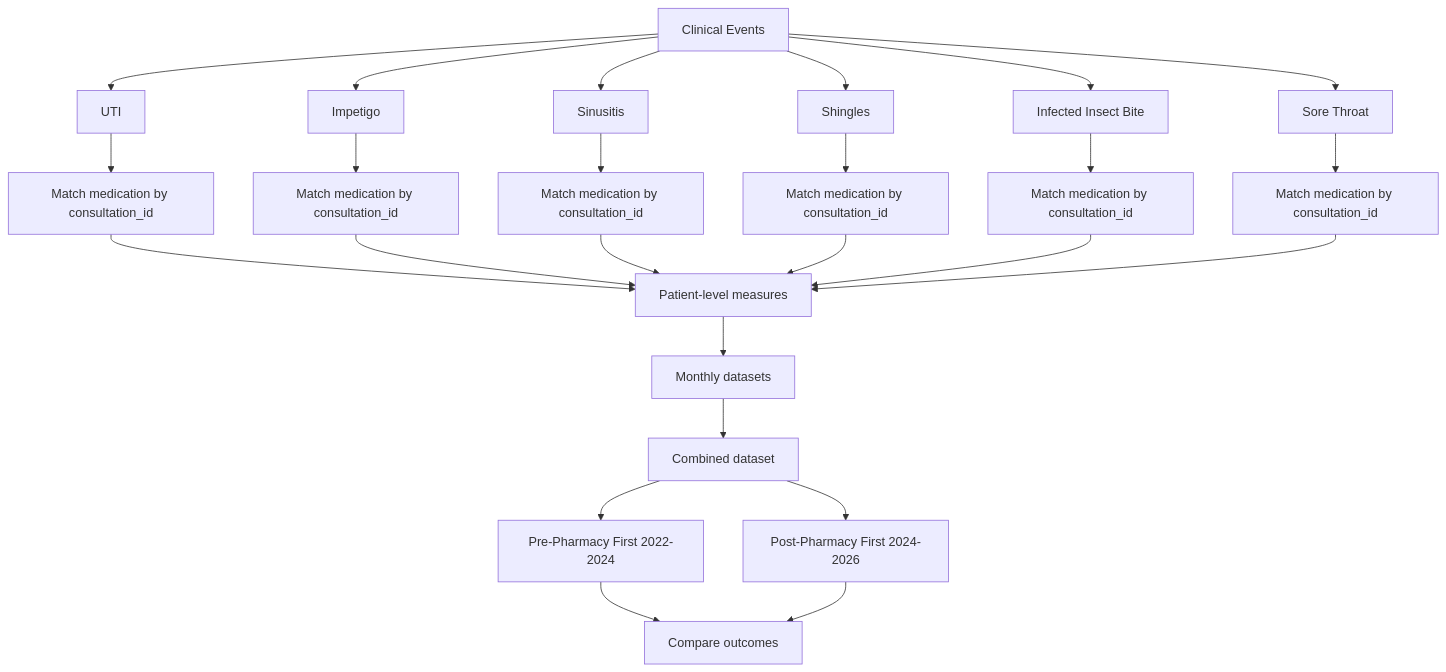
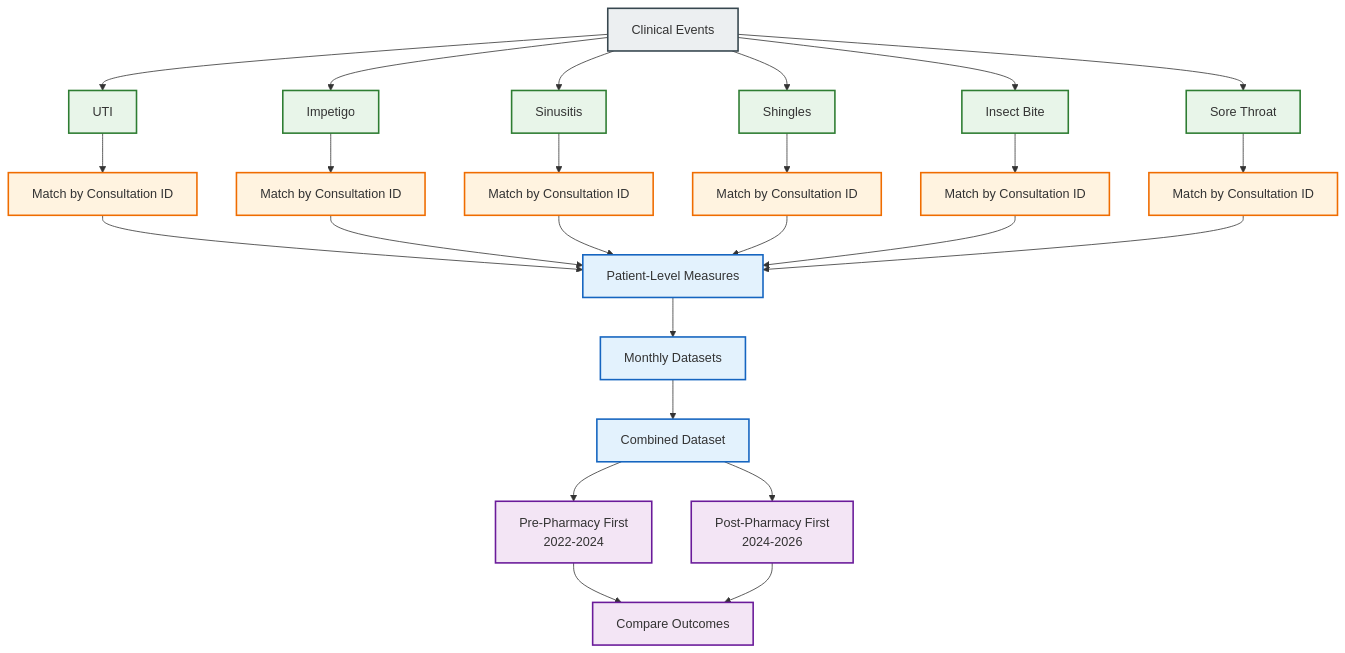
Before and after one commit to airadukunda/PF-WP2-P4-antimicrobial-prescribing: the second of 2 diagrams in README.md, drawn with Mermaid.

````diff
--- a/README.md
+++ b/README.md
@@ -93,32 +93,48 @@
 ```mermaid
 graph TD
-A[Clinical Events] --> B1[UTI]
+
+A[Clinical Events]
+
+A --> B1[UTI]
 A --> B2[Impetigo]
 A --> B3[Sinusitis]
 A --> B4[Shingles]
-A --> B5[Infected Insect Bite]
+A --> B5[Insect Bite]
 A --> B6[Sore Throat]
 
-B1 --> C1[Match medication by consultation_id]
-B2 --> C2[Match medication by consultation_id]
-B3 --> C3[Match medication by consultation_id]
-B4 --> C4[Match medication by consultation_id]
-B5 --> C5[Match medication by consultation_id]
-B6 --> C6[Match medication by consultation_id]
+B1 --> C1[Match by Consultation ID]
+B2 --> C2[Match by Consultation ID]
+B3 --> C3[Match by Consultation ID]
+B4 --> C4[Match by Consultation ID]
+B5 --> C5[Match by Consultation ID]
+B6 --> C6[Match by Consultation ID]
 
-C1 --> D[Patient-level measures]
+C1 --> D[Patient-Level Measures]
 C2 --> D
 C3 --> D
 C4 --> D
 C5 --> D
 C6 --> D
 
-D --> E[Monthly datasets]
-E --> F[Combined dataset]
+D --> E[Monthly Datasets]
+E --> F[Combined Dataset]
 
-F --> G[Pre-Pharmacy First 2022-2024]
-F --> H[Post-Pharmacy First 2024-2026]
+F --> G[Pre-Pharmacy First<br/>2022-2024]
+F --> H[Post-Pharmacy First<br/>2024-2026]
 
-G --> I[Compare outcomes]
+G --> I[Compare Outcomes]
 H --> I
+
+%% Styling
+classDef source fill:#ECEFF1,stroke:#37474F,stroke-width:2px;
+classDef condition fill:#E8F5E9,stroke:#2E7D32,stroke-width:2px;
+classDef matching fill:#FFF3E0,stroke:#EF6C00,stroke-width:2px;
+classDef measure fill:#E3F2FD,stroke:#1565C0,stroke-width:2px;
+classDef output fill:#F3E5F5,stroke:#6A1B9A,stroke-width:2px;
+
+class A source;
+class B1,B2,B3,B4,B5,B6 condition;
+class C1,C2,C3,C4,C5,C6 matching;
+class D,E,F measure;
+class G,H,I output;
 ```
````
